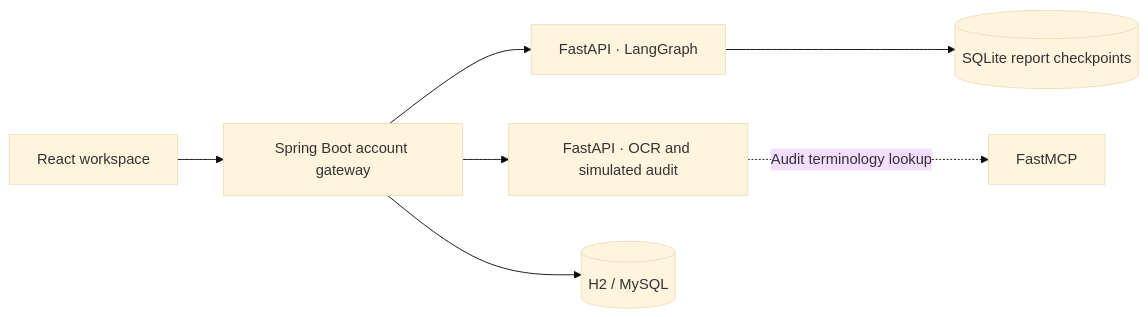
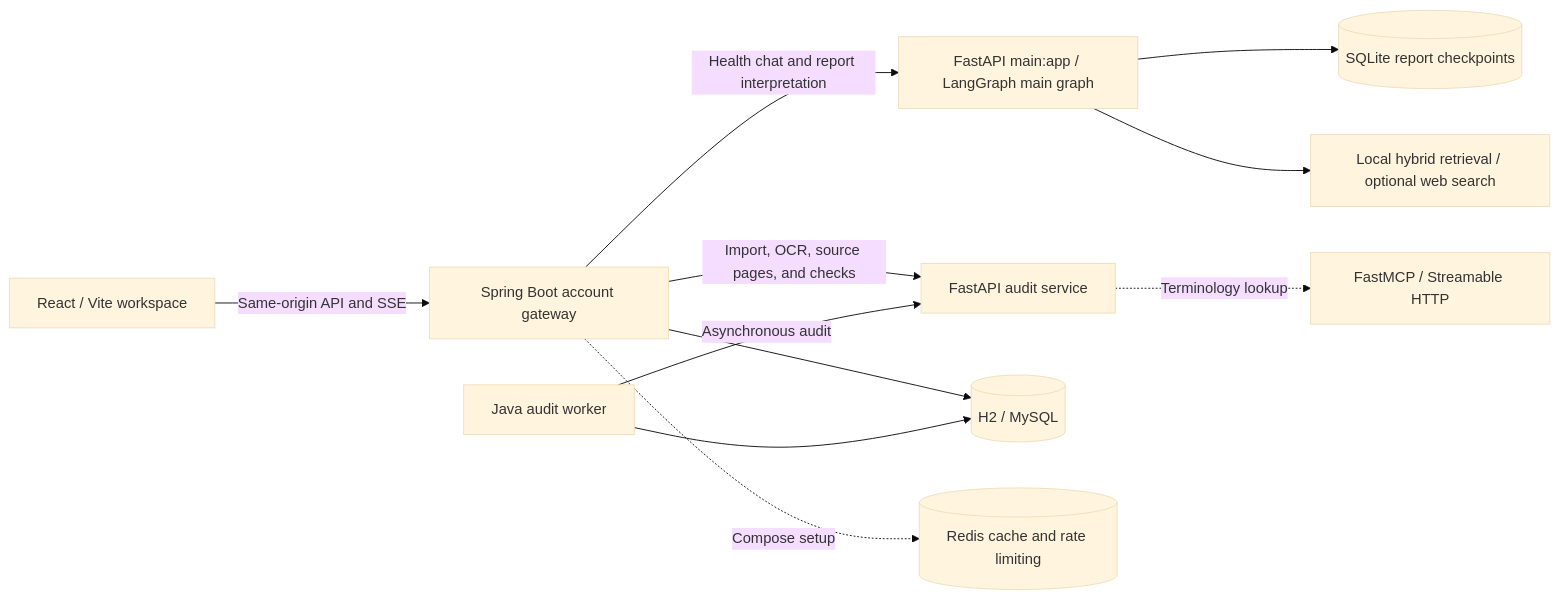
One commit to leWLW-le/Medical-Health-Agent-Workbench changed the diagram in README.en.md. Above: the diagram before and after it, drawn with Mermaid (base theme). The commit also changed other lines of this file and 50 other files, not shown here.

````diff
--- a/README.en.md
+++ b/README.en.md
@@ -13,9 +44,13 @@
 ```mermaid
 flowchart LR
-    UI["React workspace"] --> Gateway["Spring Boot account gateway"]
-    Gateway --> Health["FastAPI · LangGraph"]
-    Gateway --> Audit["FastAPI · OCR and simulated audit"]
-    Gateway --> DB[("H2 / MySQL")]
-    Health --> Checkpoint[("SQLite report checkpoints")]
-    Audit -. Audit terminology lookup .-> MCP["FastMCP"]
+    UI["React / Vite workspace"] -->|Same-origin API and SSE| API["Spring Boot account gateway"]
+    API -->|Health chat and report interpretation| Health["FastAPI main:app / LangGraph main graph"]
+    API -->|Import, OCR, source pages, and checks| Audit["FastAPI audit service"]
+    API --> DB[("H2 / MySQL")]
+    Worker["Java audit worker"] --> DB
+    Worker -->|Asynchronous audit| Audit
+    API -. Compose setup .-> Redis[("Redis cache and rate limiting")]
+    Health --> Checkpoints[("SQLite report checkpoints")]
+    Health --> RAG["Local hybrid retrieval / optional web search"]
+    Audit -. Terminology lookup .-> MCP["FastMCP / Streamable HTTP"]
 ```
````
